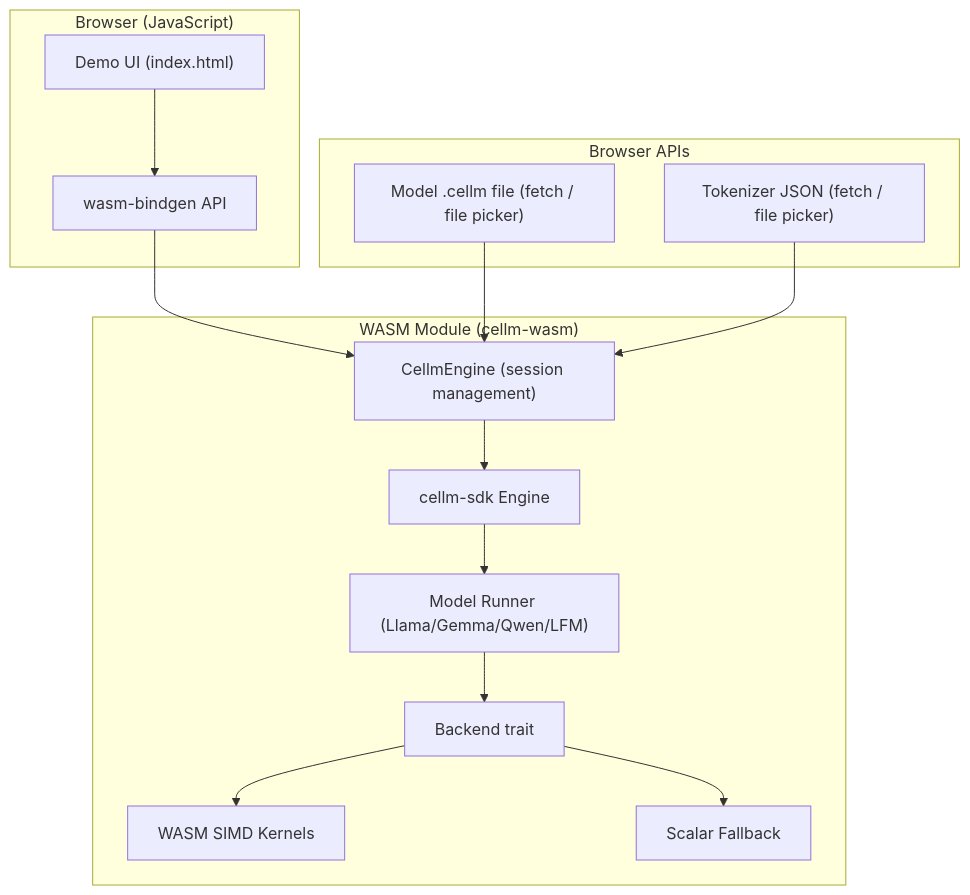
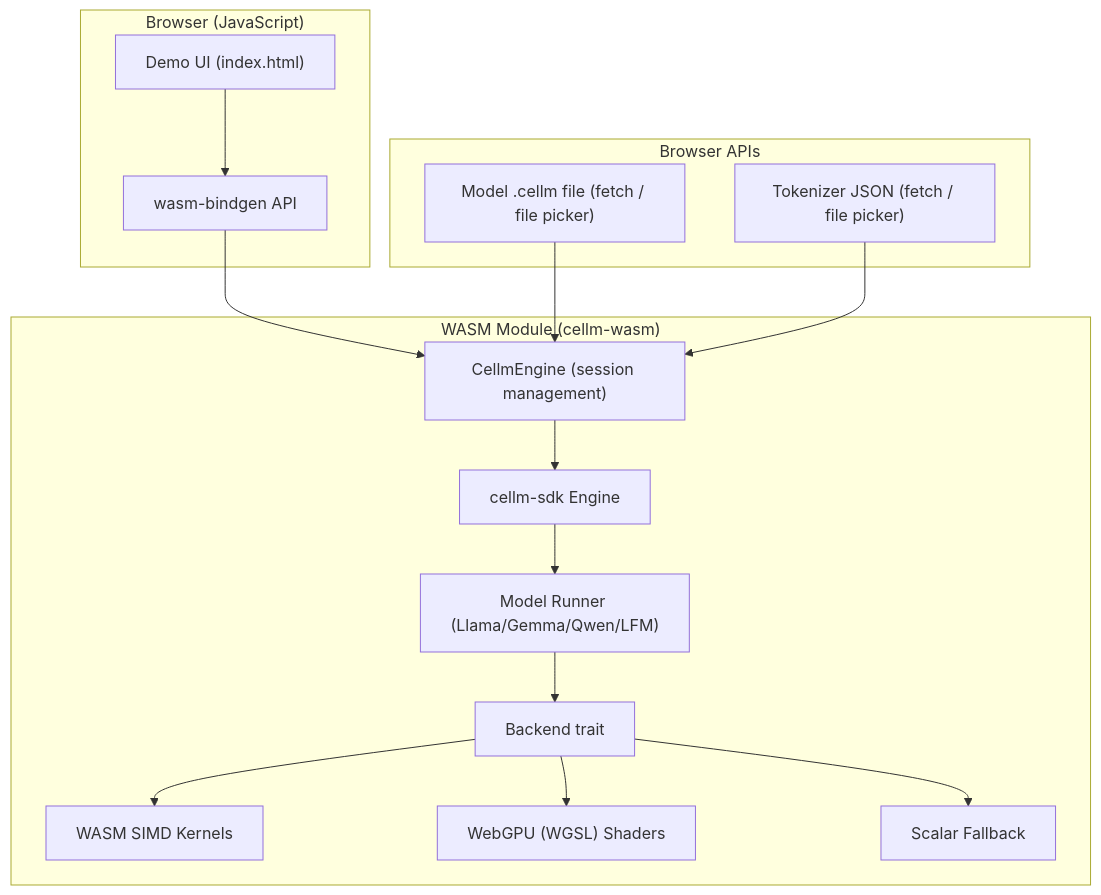
Before and after one commit to FlexNetOS/cellm: the first of 4 diagrams in docs/wasm-backend.md, drawn with Mermaid. The commit also changed other lines of this file and 3 other files, not shown here.

````diff
--- a/docs/wasm-backend.md
+++ b/docs/wasm-backend.md
@@ -16,24 +16,25 @@
 ```mermaid
 flowchart TB
     subgraph JS["Browser (JavaScript)"]
         UI["Demo UI (index.html)"] --> WASM_BINDINGS["wasm-bindgen API"]
     end
 
     subgraph WASM["WASM Module (cellm-wasm)"]
         WASM_BINDINGS --> ENGINE["CellmEngine (session management)"]
         ENGINE --> SDK["cellm-sdk Engine"]
         SDK --> MODEL_RUNNER["Model Runner (Llama/Gemma/Qwen/LFM)"]
 
         MODEL_RUNNER --> BACKEND["Backend trait"]
         BACKEND --> WASM_KERNELS["WASM SIMD Kernels"]
+        BACKEND --> WEBGPU_KERNELS["WebGPU (WGSL) Shaders"]
         BACKEND --> SCALAR_FALLBACK["Scalar Fallback"]
     end
 
     subgraph BROWSER_APIS["Browser APIs"]
         MODEL_FILE["Model .cellm file (fetch / file picker)"]
         TOKENIZER_FILE["Tokenizer JSON (fetch / file picker)"]
     end
 
     MODEL_FILE --> ENGINE
     TOKENIZER_FILE --> ENGINE
 ```
````
